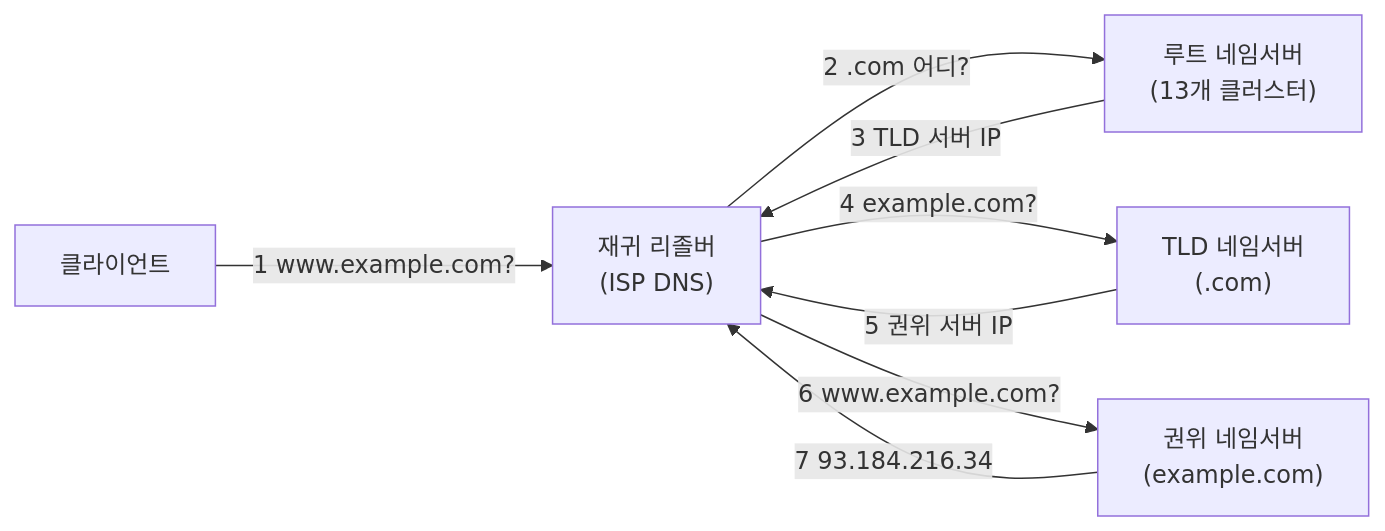
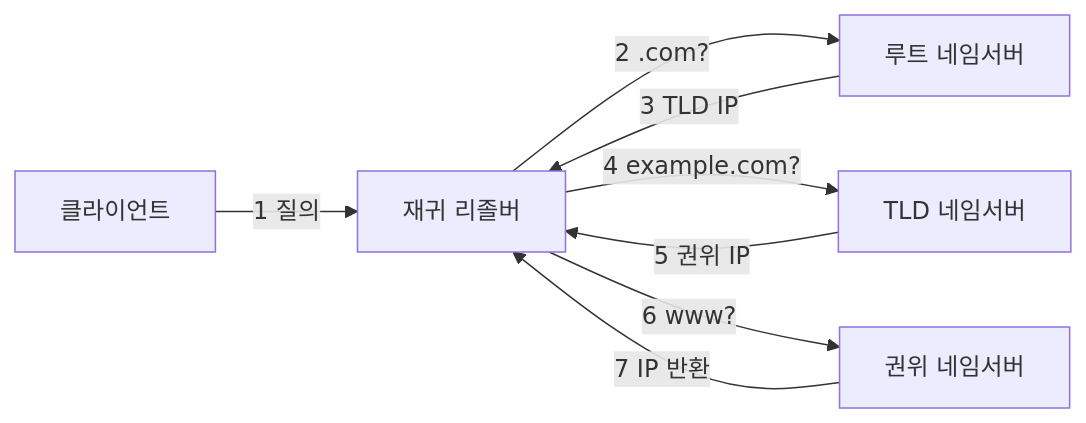
One commit to yjkim2015/yjkim2015.github.io changed the eighth of 9 diagrams in _posts/network/2026-05-01-osi-7-layer.md. Above: the diagram before and after it, drawn with Mermaid. The commit also changed other lines of this file and 245 other files, not shown here.

First line of the commit message:
Mermaid 다이어그램 전면 수정 + 면접 포인트 접기/펼치기 + DB 데드락 페이지

````diff
--- a/_posts/network/2026-05-01-osi-7-layer.md
+++ b/_posts/network/2026-05-01-osi-7-layer.md
@@ -931,10 +931,10 @@
 ```mermaid
 graph LR
-    CLI["클라이언트"] -->|"1 www.example.com?"| RR["재귀 리졸버\n(ISP DNS)"]
-    RR -->|"2 .com 어디?"| ROOT["루트 네임서버\n(13개 클러스터)"]
-    ROOT -->|"3 TLD 서버 IP"| RR
-    RR -->|"4 example.com?"| TLD["TLD 네임서버\n(.com)"]
-    TLD -->|"5 권위 서버 IP"| RR
-    RR -->|"6 www.example.com?"| AUTH["권위 네임서버\n(example.com)"]
-    AUTH -->|"7 93.184.216.34"| RR
+    CLI["클라이언트"] -->|"1 질의"| RR["재귀 리졸버"]
+    RR -->|"2 .com?"| ROOT["루트 네임서버"]
+    ROOT -->|"3 TLD IP"| RR
+    RR -->|"4 example.com?"| TLD["TLD 네임서버"]
+    TLD -->|"5 권위 IP"| RR
+    RR -->|"6 www?"| AUTH["권위 네임서버"]
+    AUTH -->|"7 IP 반환"| RR
 ```
````
